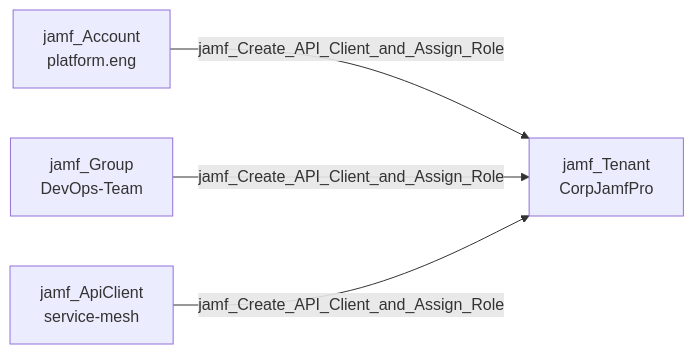
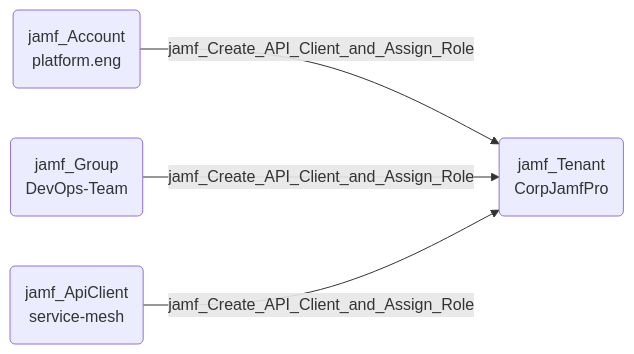
One commit to SpecterOps/bloodhound-docs changed the diagram in docs/opengraph/extensions/jamfhound/reference/edges/jamf_create_api_client_and_assign_role.mdx. Above: the diagram before and after it, drawn with Mermaid. The commit also changed 33 other files, not shown here.

Commit message:
Updated documentation with revised mermaid diagrams

````diff
--- a/docs/opengraph/extensions/jamfhound/reference/edges/jamf_create_api_client_and_assign_role.mdx
+++ b/docs/opengraph/extensions/jamfhound/reference/edges/jamf_create_api_client_and_assign_role.mdx
@@ -18,6 +18,14 @@
 ```mermaid
 graph LR
-    A["jamf_Account\nplatform.eng"] -->|jamf_Create_API_Client_and_Assign_Role| B["jamf_Tenant\nCorpJamfPro"]
-    C["jamf_Group\nDevOps-Team"] -->|jamf_Create_API_Client_and_Assign_Role| B
-    D["jamf_ApiClient\nservice-mesh"] -->|jamf_Create_API_Client_and_Assign_Role| B
+    A("jamf_Account
+platform.eng")
+    B("jamf_Tenant
+CorpJamfPro")
+    C("jamf_Group
+DevOps-Team")
+    D("jamf_ApiClient
+service-mesh")
+    A -- jamf_Create_API_Client_and_Assign_Role --> B
+    C -- jamf_Create_API_Client_and_Assign_Role --> B
+    D -- jamf_Create_API_Client_and_Assign_Role --> B
 ```
````
